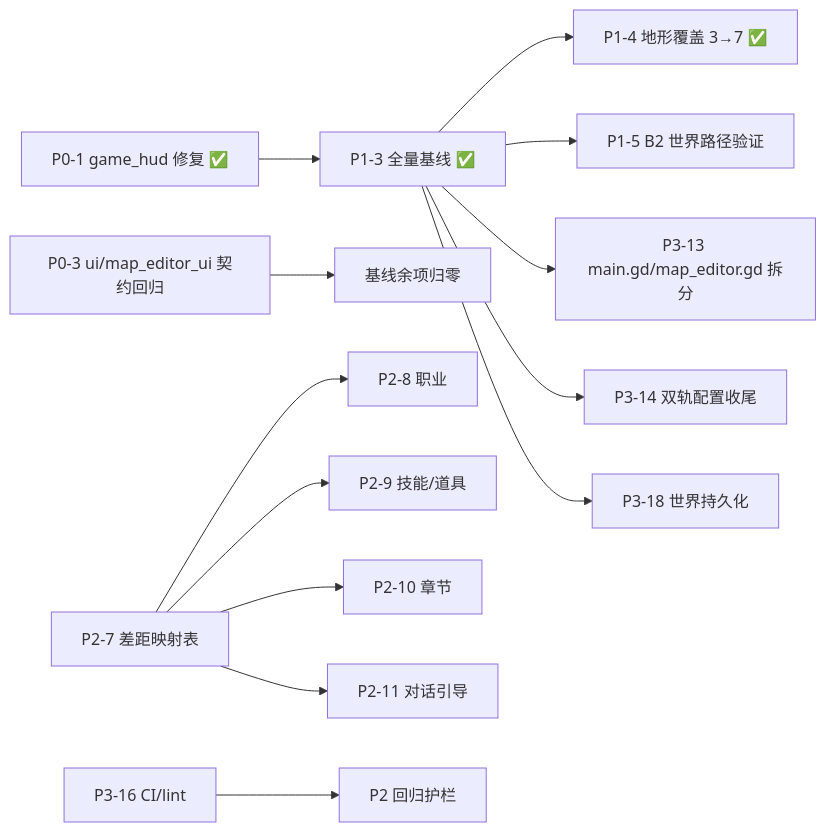
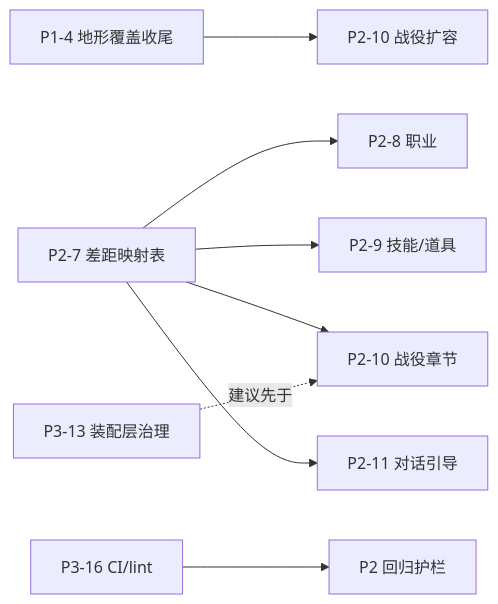
The diagram in docs/roadmap.md (hunmer/pixel_world), drawn with Mermaid before and after one commit. The commit also changed other lines of this file and 1 other file, not shown here.

Commit message:
docs: roadmap round-4 cleanup (archive done items, add assembly-layer governance)

````diff
--- a/docs/roadmap.md
+++ b/docs/roadmap.md
@@ -19,15 +19,10 @@
 ```mermaid
 graph LR
-    A[P0-1 game_hud 修复 ✅] --> B[P1-3 全量基线 ✅]
-    Z[P0-3 ui/map_editor_ui 契约回归] --> B2[基线余项归零]
-    B --> C[P1-4 地形覆盖 3→7 ✅]
-    B --> D[P1-5 B2 世界路径验证]
-    B --> E[P3-13 main.gd/map_editor.gd 拆分]
-    B --> F[P3-14 双轨配置收尾]
-    B --> G[P3-18 世界持久化]
-    H[P2-7 差距映射表] --> I[P2-8 职业]
-    H --> J[P2-9 技能/道具]
-    H --> K[P2-10 章节]
-    H --> L[P2-11 对话引导]
+    A[P1-4 地形覆盖收尾] --> A2[P2-10 战役扩容]
+    B[P2-7 差距映射表] --> I[P2-8 职业]
+    B --> J[P2-9 技能/道具]
+    B --> K[P2-10 战役章节]
+    B --> L[P2-11 对话引导]
     M[P3-16 CI/lint] --> N[P2 回归护栏]
+    P[P3-13 装配层治理] -.建议先于.-> K
 ```
````
